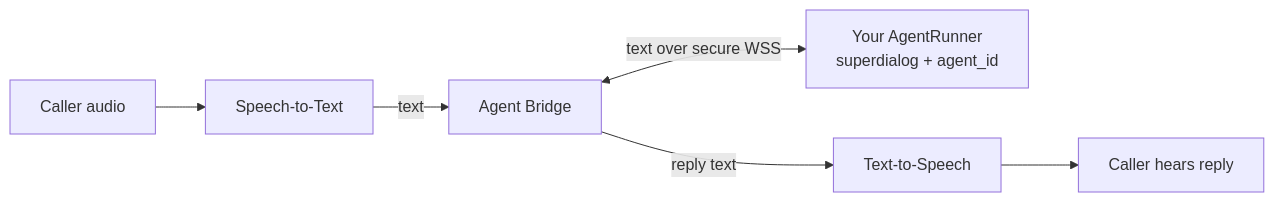
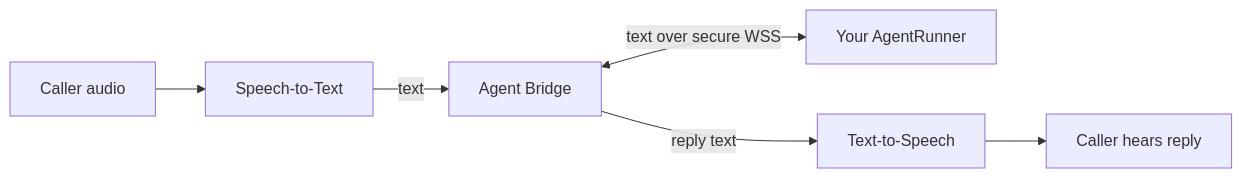
The third of 3 diagrams in speech-stack/call-lifecycle.mdx (parvbhullar/unpod-dev-docs), drawn with Mermaid before and after one commit. The commit also changed other lines of this file and 2 other files, not shown here.

Commit message:
feat(docs): merge call lifecycle and telephony states with state diagram

````diff
--- a/speech-stack/call-lifecycle.mdx
+++ b/speech-stack/call-lifecycle.mdx
@@ -116,8 +122,8 @@
 ```mermaid
 flowchart LR
     Caller[Caller audio] --> STT[Speech-to-Text]
     STT -->|text| Bridge[Agent Bridge]
-    Bridge <-->|text over secure WSS| Runner[Your AgentRunner<br/>superdialog + agent_id]
+    Bridge <-->|text over secure WSS| Runner[Your AgentRunner]
     Bridge -->|reply text| TTS[Text-to-Speech]
     TTS --> Caller2[Caller hears reply]
 ```
````
